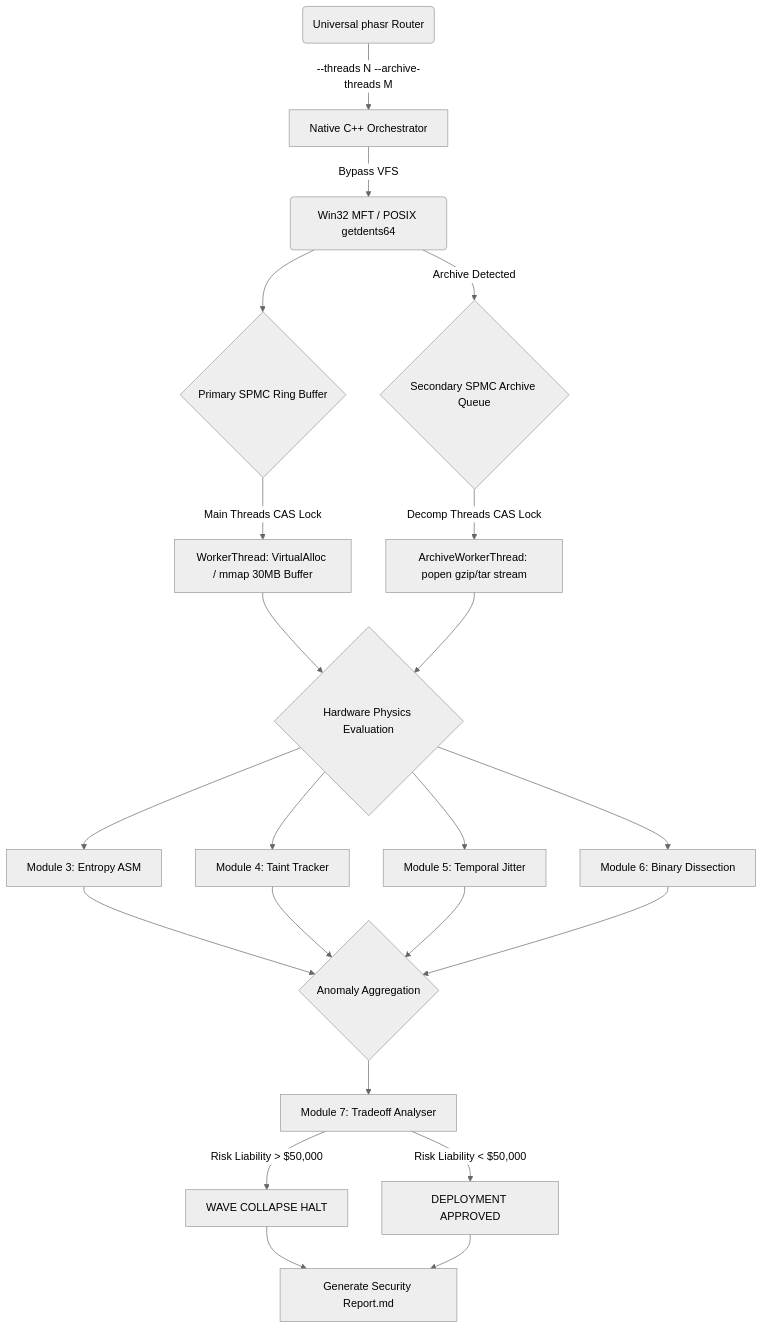
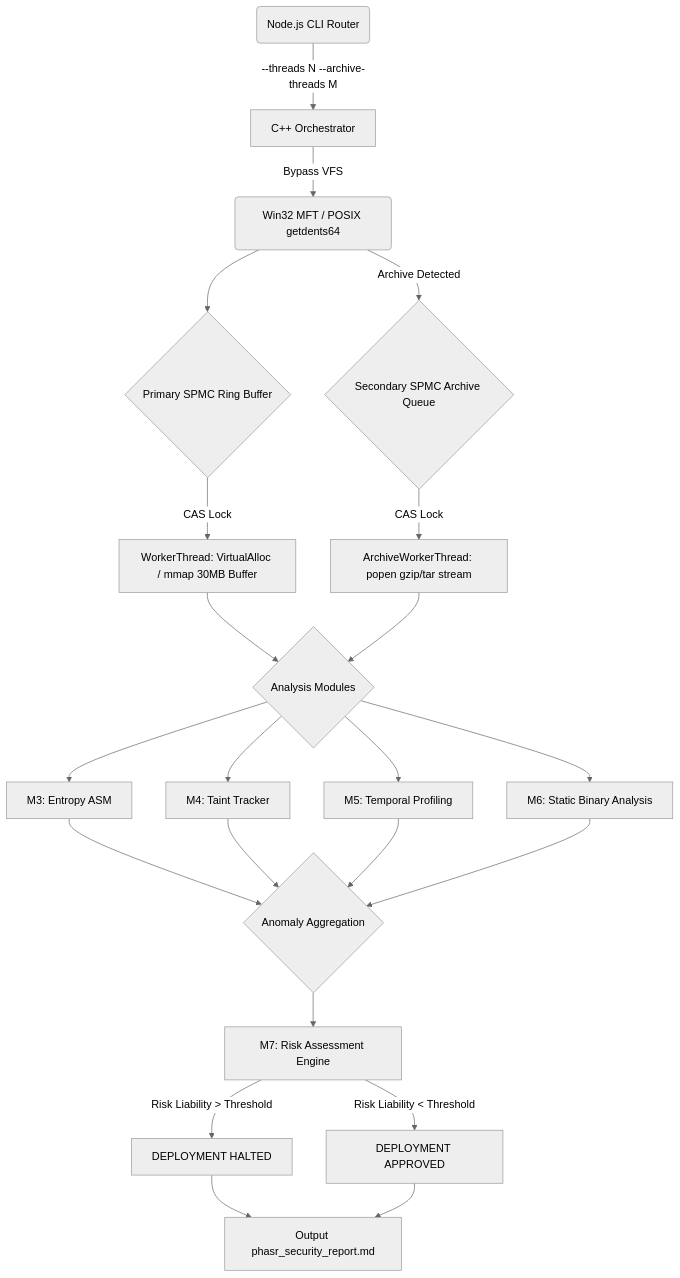
One commit to Zeo120/ZTL-Tech changed the diagram in docs/ARCHITECTURE.md. Above: the diagram before and after it, drawn with Mermaid (neutral theme). The commit also changed other lines of this file and 2 other files, not shown here.

````diff
--- a/docs/ARCHITECTURE.md
+++ b/docs/ARCHITECTURE.md
@@ -37,29 +36,29 @@
 ```mermaid
 graph TD
-    CLI(Universal phasr Router) -->|--threads N --archive-threads M| A
-    A[Native C++ Orchestrator] -->|Bypass VFS| B(Win32 MFT / POSIX getdents64)
+    CLI(Node.js CLI Router) -->|--threads N --archive-threads M| A
+    A[C++ Orchestrator] -->|Bypass VFS| B(Win32 MFT / POSIX getdents64)
     B --> C{Primary SPMC Ring Buffer}
-    C -->|Main Threads CAS Lock| D[WorkerThread: VirtualAlloc / mmap 30MB Buffer]
+    C -->|CAS Lock| D[WorkerThread: VirtualAlloc / mmap 30MB Buffer]
     
     B -->|Archive Detected| C2{Secondary SPMC Archive Queue}
-    C2 -->|Decomp Threads CAS Lock| D2[ArchiveWorkerThread: popen gzip/tar stream]
+    C2 -->|CAS Lock| D2[ArchiveWorkerThread: popen gzip/tar stream]
     
-    D --> E{Hardware Physics Evaluation}
+    D --> E{Analysis Modules}
     D2 --> E
     
-    E --> F[Module 3: Entropy ASM]
-    E --> G[Module 4: Taint Tracker]
-    E --> H[Module 5: Temporal Jitter]
-    E --> I[Module 6: Binary Dissection]
+    E --> F[M3: Entropy ASM]
+    E --> G[M4: Taint Tracker]
+    E --> H[M5: Temporal Profiling]
+    E --> I[M6: Static Binary Analysis]
     
     F --> J{Anomaly Aggregation}
     G --> J
     H --> J
     I --> J
     
-    J --> K[Module 7: Tradeoff Analyser]
-    K -->|Risk Liability > $50,000| L[WAVE COLLAPSE HALT]
-    K -->|Risk Liability < $50,000| M[DEPLOYMENT APPROVED]
-    L --> N[Generate Security Report.md]
+    J --> K[M7: Risk Assessment Engine]
+    K -->|Risk Liability > Threshold| L[DEPLOYMENT HALTED]
+    K -->|Risk Liability < Threshold| M[DEPLOYMENT APPROVED]
+    L --> N[Output phasr_security_report.md]
     M --> N
 ```
````
